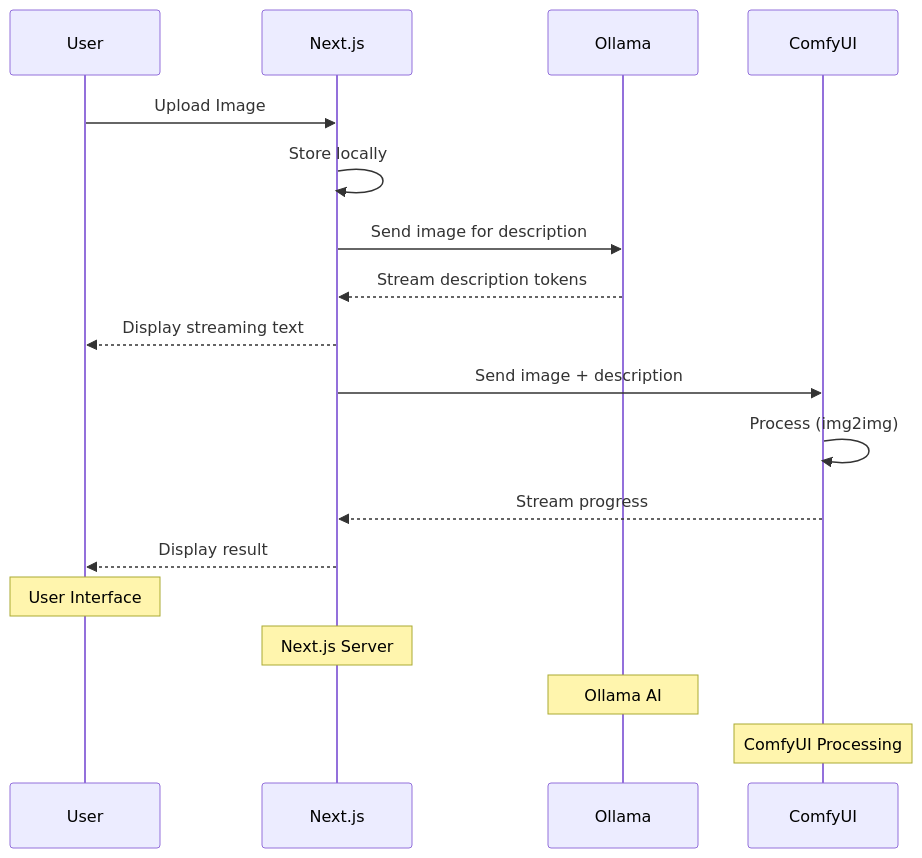
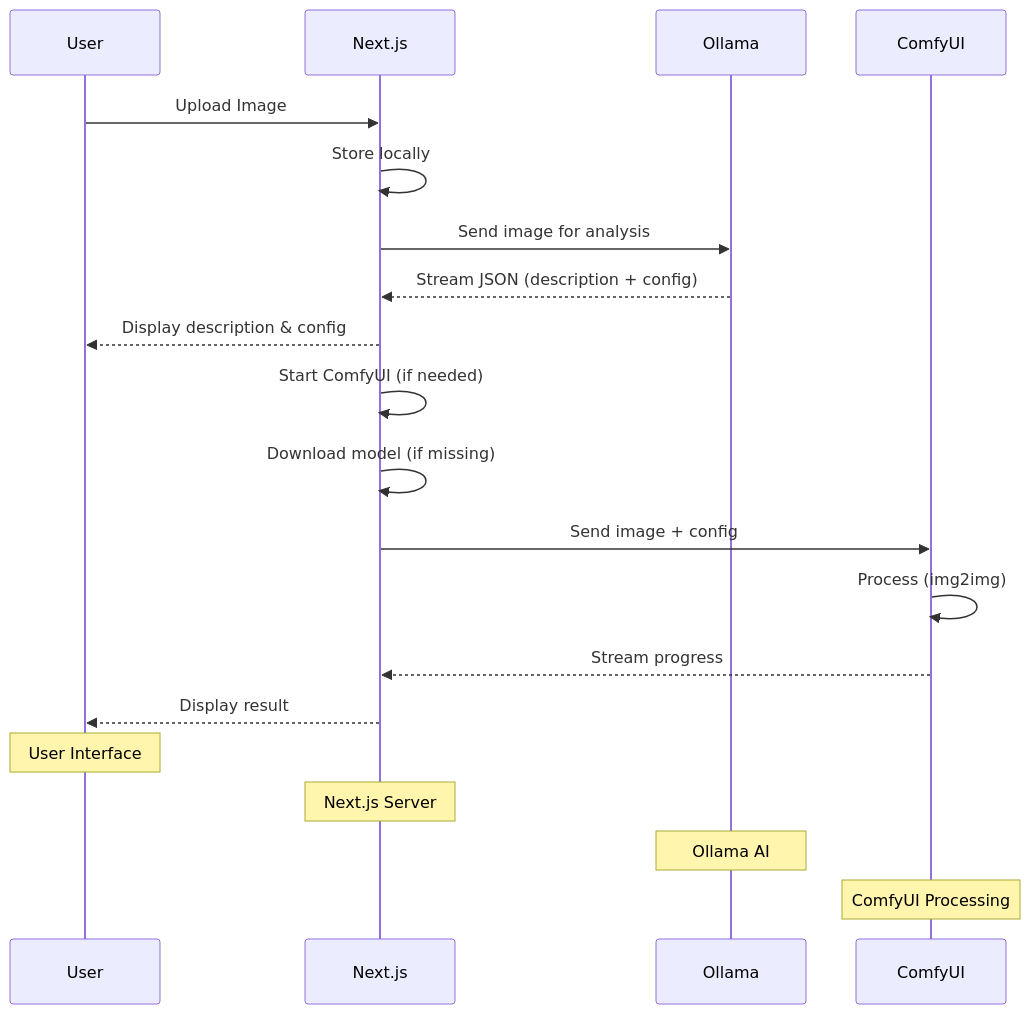
One commit to johnnaumann/anthroposcenic_001 changed the third of 4 diagrams in README.md. Above: the diagram before and after it, drawn with Mermaid. The commit also changed other lines of this file and 39 other files, not shown here.

````diff
--- a/README.md
+++ b/README.md
@@ -175,22 +176,24 @@
 ```mermaid
 sequenceDiagram
     participant U as User
     participant N as Next.js
     participant O as Ollama
     participant C as ComfyUI
     
     U->>N: Upload Image
     N->>N: Store locally
-    N->>O: Send image for description
-    O-->>N: Stream description tokens
-    N-->>U: Display streaming text
-    N->>C: Send image + description
+    N->>O: Send image for analysis
+    O-->>N: Stream JSON (description + config)
+    N-->>U: Display description & config
+    N->>N: Start ComfyUI (if needed)
+    N->>N: Download model (if missing)
+    N->>C: Send image + config
     C->>C: Process (img2img)
     C-->>N: Stream progress
     N-->>U: Display result
     
     Note over U: User Interface
     Note over N: Next.js Server
     Note over O: Ollama AI
     Note over C: ComfyUI Processing
 ```
````
